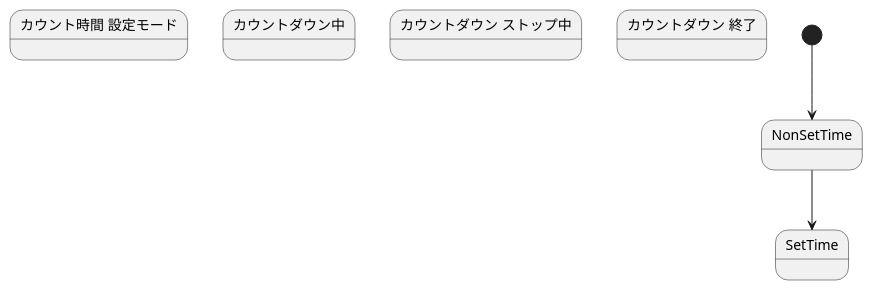
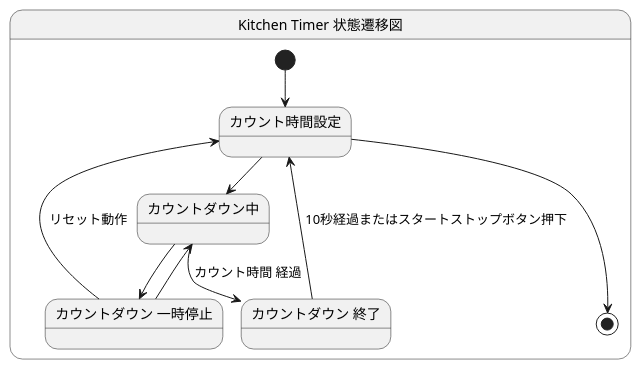
Before and after one commit to hakohumi/comp.Kitchen_Timer: the diagram in 状態遷移図.pu, drawn with PlantUML. The commit also changed 3 other files, not shown here.

Commit message:
状態遷移図 追記

```diff
--- a/状態遷移図.pu
+++ b/状態遷移図.pu
@@ -1,14 +1,26 @@
 @startuml Kitchen_Timer_State
 
-state "カウント時間 設定モード" as SettingTime
-state "カウントダウン中" as CountDown
-state "カウントダウン ストップ中" as StopCountDown
-state "カウントダウン 終了" as EndCountDown
+state "Kitchen Timer 状態遷移図" as Kitchen_Timer_State{
 
-[*] --> NonSetTime
+    state "カウント時間設定" as SettingTime
+    state "カウントダウン中" as CountDown
+    state "カウントダウン 一時停止" as StopCountDown
+    state "カウントダウン 終了" as EndCountDown
 
-NonSetTime --> SetTime
+    [*] --> SettingTime
 
 
+    SettingTime --> CountDown
+
+    CountDown --> StopCountDown
+    StopCountDown --> CountDown
+    StopCountDown --> SettingTime : リセット動作
+
+    CountDown --> EndCountDown : カウント時間 経過
+
+    EndCountDown --> SettingTime : 10秒経過またはスタートストップボタン押下
+
+    SettingTime ---> [*]
+}
 
 @enduml
```
